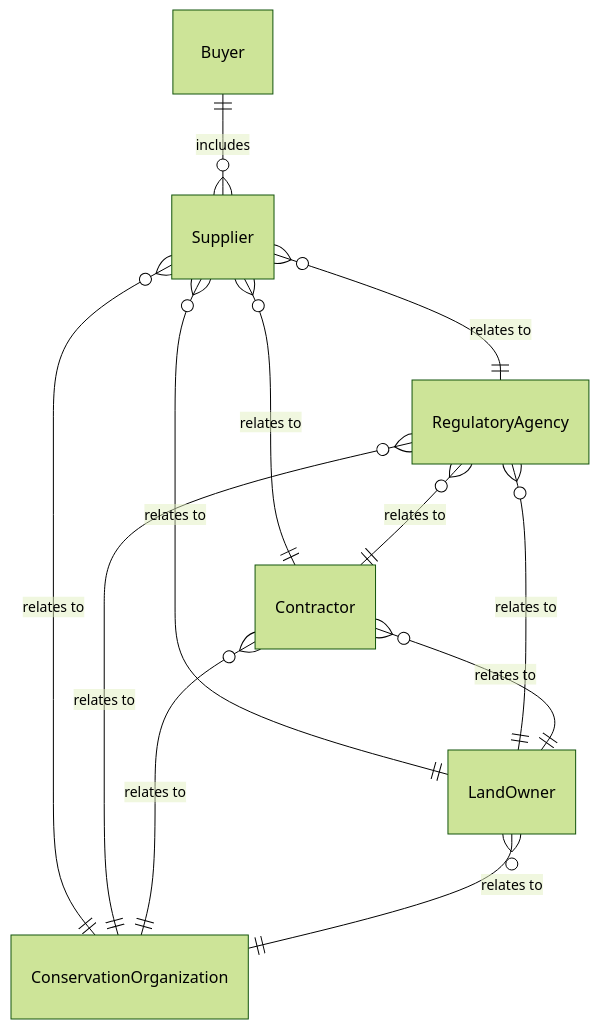
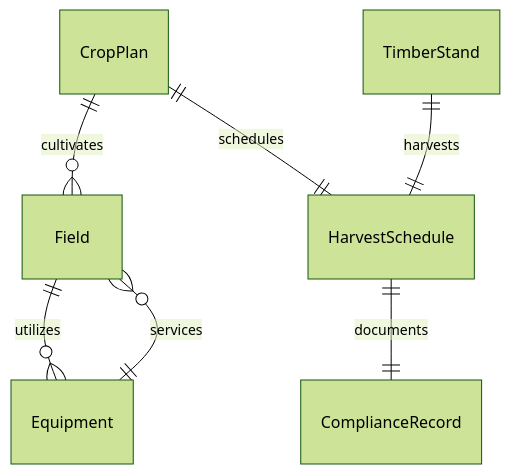
One commit to dot-org-ai/tasks.org.ai changed the first of 4 diagrams in GuidingDirectingAndMotivatingSubordinates/ManageAgriculturalOrForestryOperations/ManageAgriculturalForestryOperations.mdx. Above: the diagram before and after it, drawn with Mermaid (forest theme). The commit also changed other lines of this file and 515 other files, not shown here.

````diff
--- a/GuidingDirectingAndMotivatingSubordinates/ManageAgriculturalOrForestryOperations/ManageAgriculturalForestryOperations.mdx
+++ b/GuidingDirectingAndMotivatingSubordinates/ManageAgriculturalOrForestryOperations/ManageAgriculturalForestryOperations.mdx
@@ -91,14 +91,9 @@
 ```mermaid
 erDiagram
-    Buyer ||--o{ Supplier : includes
-    Supplier }o--|| RegulatoryAgency : "relates to"
-    Supplier }o--|| Contractor : "relates to"
-    Supplier }o--|| LandOwner : "relates to"
-    Supplier }o--|| ConservationOrganization : "relates to"
-    RegulatoryAgency }o--|| Contractor : "relates to"
-    RegulatoryAgency }o--|| LandOwner : "relates to"
-    RegulatoryAgency }o--|| ConservationOrganization : "relates to"
-    Contractor }o--|| LandOwner : "relates to"
-    Contractor }o--|| ConservationOrganization : "relates to"
-    LandOwner }o--|| ConservationOrganization : "relates to"
+    CropPlan ||--o{ Field : "cultivates"
+    CropPlan ||--|| HarvestSchedule : "schedules"
+    Field ||--o{ Equipment : "utilizes"
+    TimberStand ||--|| HarvestSchedule : "harvests"
+    HarvestSchedule ||--|| ComplianceRecord : "documents"
+    Equipment ||--o{ Field : "services"
 ```
````
